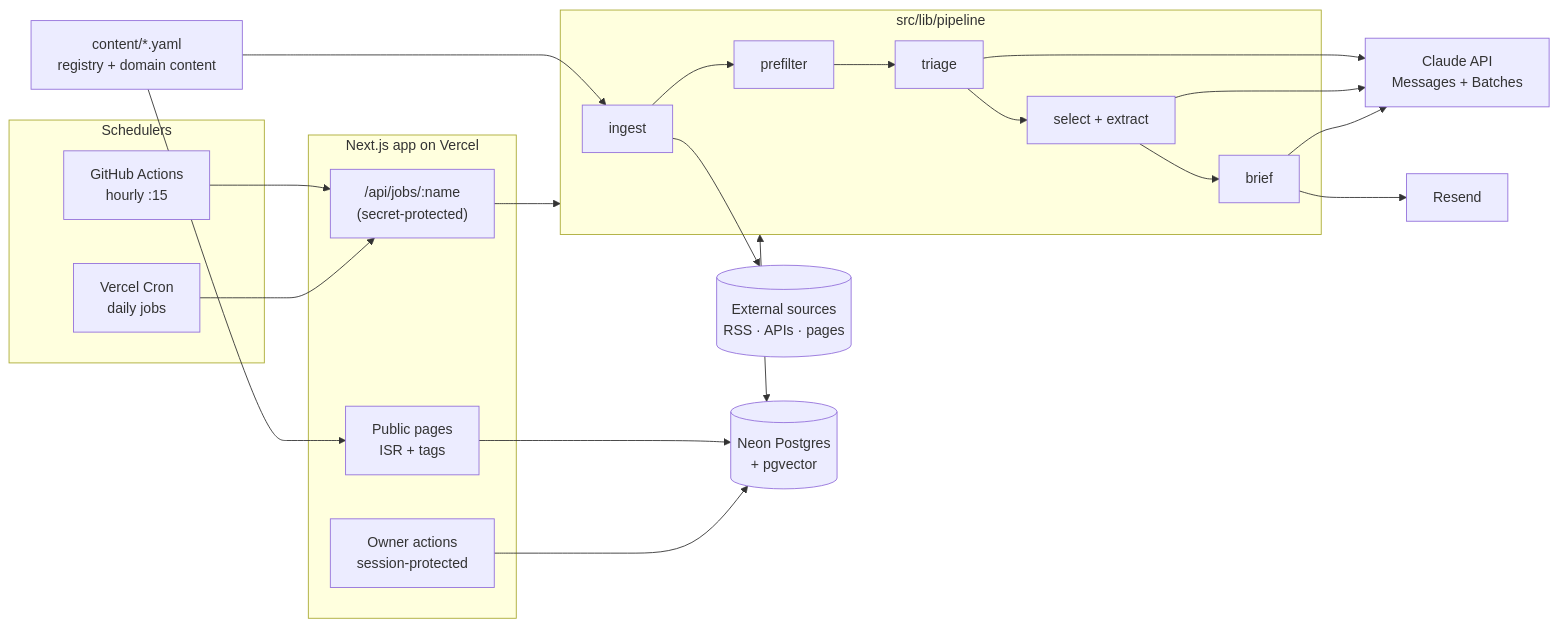
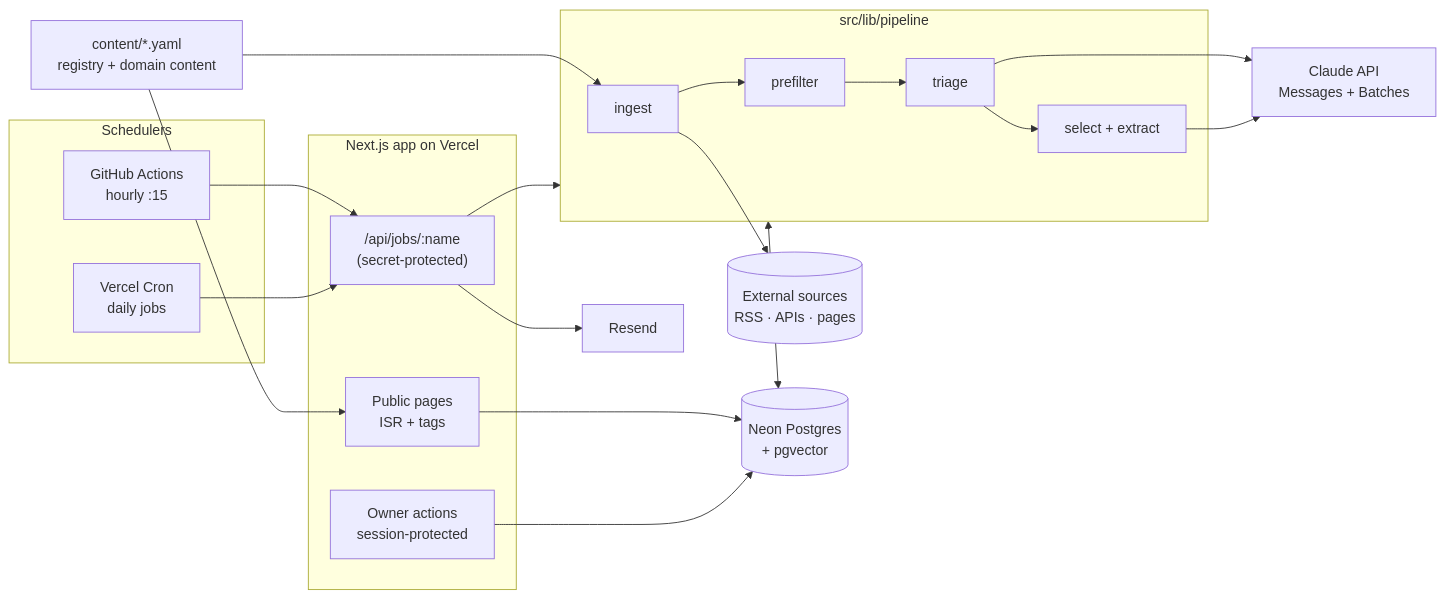
The diagram in docs/ARCHITECTURE.md (markd6v/technology-frontier), drawn with Mermaid before and after one commit. The commit also changed other lines of this file and 1 other file, not shown here.

Commit message:
Drop daily brief from plan; current build is sources + website

````diff
--- a/docs/ARCHITECTURE.md
+++ b/docs/ARCHITECTURE.md
@@ -20,39 +20,37 @@
 ```mermaid
 flowchart LR
   subgraph Schedulers
     GHA[GitHub Actions<br/>hourly :15]
     VC[Vercel Cron<br/>daily jobs]
   end
 
   subgraph App[Next.js app on Vercel]
     JOBS["/api/jobs/:name<br/>(secret-protected)"]
     PAGES[Public pages<br/>ISR + tags]
     OWNER[Owner actions<br/>session-protected]
   end
 
   subgraph Pipeline[src/lib/pipeline]
     ING[ingest] --> PRE[prefilter] --> TRI[triage]
     TRI --> SEL[select + extract]
-    SEL --> BRF[brief]
   end
 
   SRC[(External sources<br/>RSS · APIs · pages)]
   DB[(Neon Postgres<br/>+ pgvector)]
   LLM[Claude API<br/>Messages + Batches]
   MAIL[Resend]
   REG[content/*.yaml<br/>registry + domain content]
 
   GHA --> JOBS
   VC --> JOBS
   JOBS --> Pipeline
   ING --> SRC
   TRI --> LLM
   SEL --> LLM
-  BRF --> LLM
-  BRF --> MAIL
+  JOBS --> MAIL
   Pipeline <--> DB
   REG --> ING
   REG --> PAGES
   PAGES --> DB
   OWNER --> DB
 ```
````
